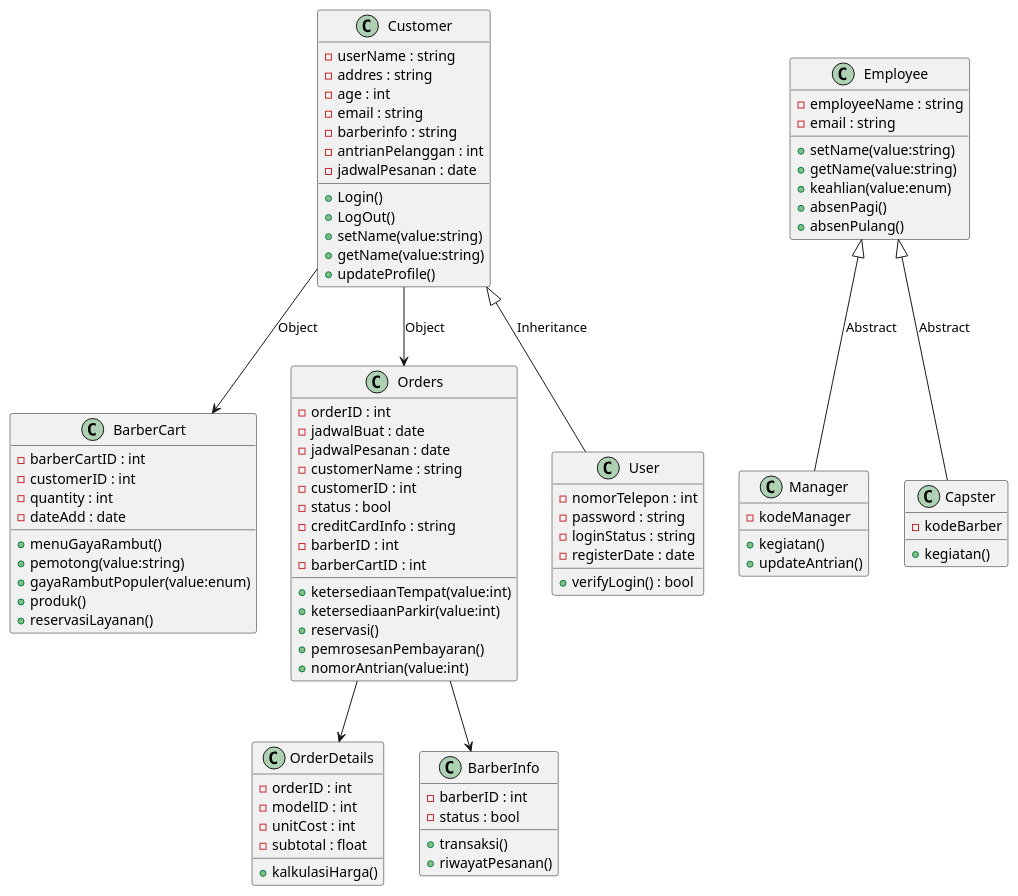
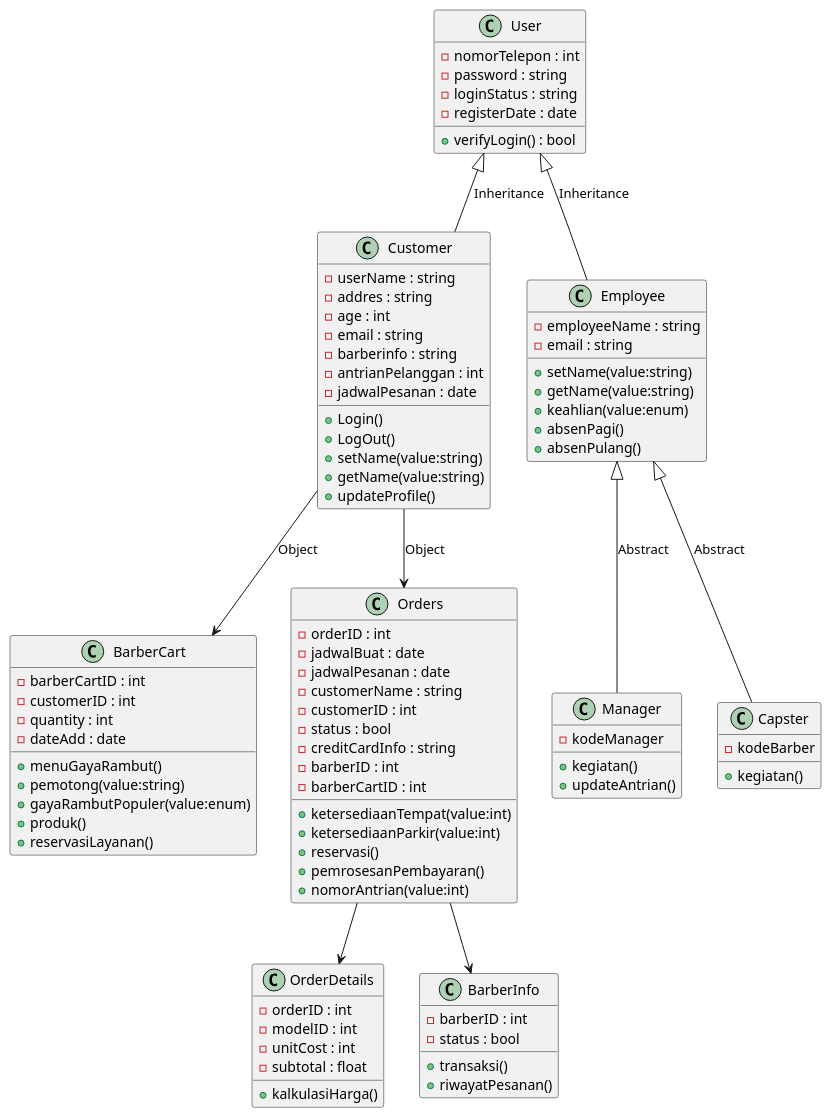
Before and after one commit to ZIDANIDROS/BelajarBackend: the diagram in UML/apbo.plantuml, drawn with PlantUML.

```diff
--- a/UML/apbo.plantuml
+++ b/UML/apbo.plantuml
@@ -1,98 +1,99 @@
 @startuml
 class BarberCart {
     - barberCartID : int
     - customerID : int
     - quantity : int
     - dateAdd : date
     + menuGayaRambut()
     + pemotong(value:string)
     + gayaRambutPopuler(value:enum)
     + produk()
     + reservasiLayanan()
 }
 
 class Orders {
     - orderID : int
     - jadwalBuat : date
     - jadwalPesanan : date
     - customerName : string
     - customerID : int
     - status : bool
     - creditCardInfo : string
     - barberID : int
     - barberCartID : int
     + ketersediaanTempat(value:int)
     + ketersediaanParkir(value:int)
     + reservasi()
     + pemrosesanPembayaran()
     + nomorAntrian(value:int)
 }
 
 class OrderDetails {
     - orderID : int
     - modelID : int
     - unitCost : int
     - subtotal : float
     + kalkulasiHarga()
 }
 
 class User {
     - nomorTelepon : int
     - password : string
     - loginStatus : string
     - registerDate : date
     + verifyLogin() : bool
 }
 
 class Customer {
     - userName : string
     - addres : string
     - age : int
     - email : string
     - barberinfo : string
     - antrianPelanggan : int
     - jadwalPesanan : date
     + Login()
     + LogOut()
     + setName(value:string)
     + getName(value:string)
     + updateProfile()
 }
 
 class Employee {
     - employeeName : string
     - email : string
     + setName(value:string)
     + getName(value:string)
     + keahlian(value:enum)
     + absenPagi()
     + absenPulang()
 }
 
 class Manager {
     - kodeManager
     + kegiatan()
     + updateAntrian()
 }
 
 class Capster {
     - kodeBarber
     + kegiatan()
 }
 
 class BarberInfo {
     - barberID : int
     - status : bool
     + transaksi()
     + riwayatPesanan()
 }
 
-Customer <|-- User : Inheritance
+User <|-- Customer : Inheritance
+User <|-- Employee : Inheritance
 Employee <|-- Manager : Abstract
 Employee <|-- Capster : Abstract
 Customer --> Orders : Object
 Customer --> BarberCart : Object
 Orders --> OrderDetails
 Orders --> BarberInfo
 
 @enduml
```
